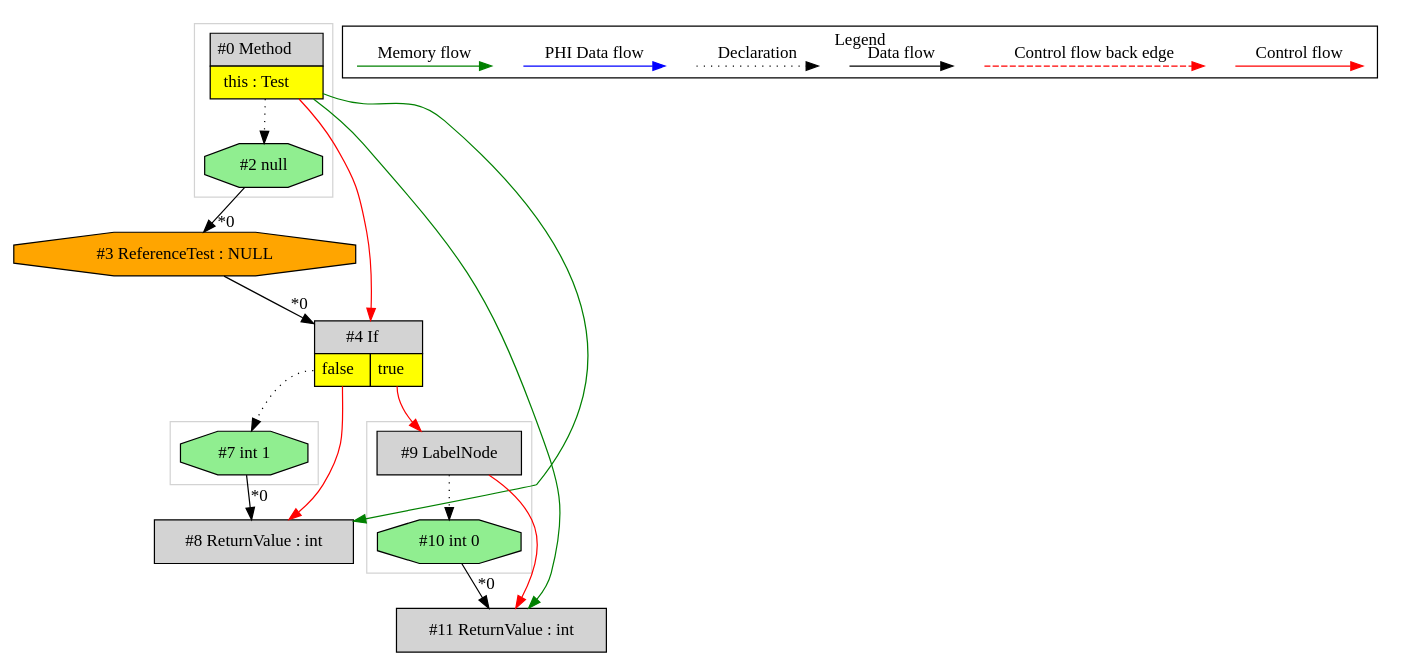
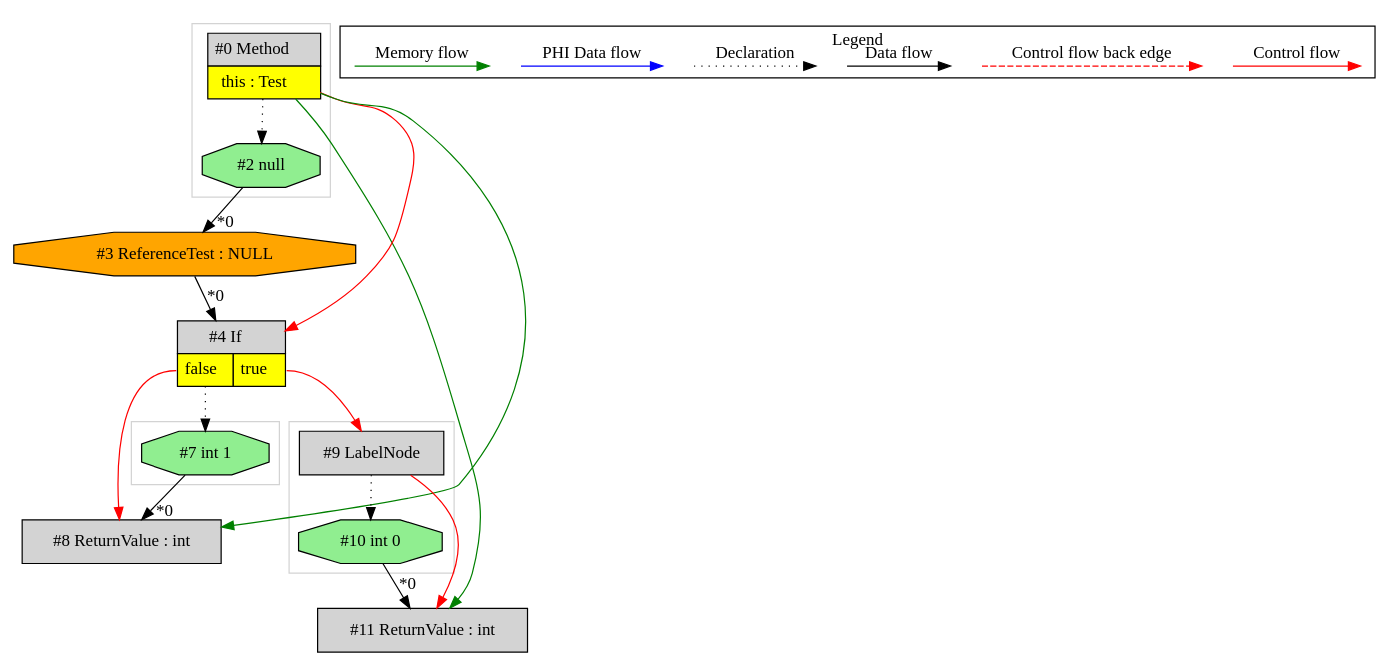
The diagram in de.mirkosertic.metair.ir.OpcodeIFNULLTest/test_IFNULL/ir.dot (mirkosertic/MetaIR), drawn with Graphviz before and after one commit. The commit also changed other lines of this file and 440 other files, not shown here.

```diff
--- a/de.mirkosertic.metair.ir.OpcodeIFNULLTest/test_IFNULL/ir.dot
+++ b/de.mirkosertic.metair.ir.OpcodeIFNULLTest/test_IFNULL/ir.dot
@@ -1,65 +1,65 @@
 digraph {
  ordering="in";
  node0[margin="0", label=<<table border="0" cellborder="1" cellspacing="0" cellpadding="5"><tr><td colspan="1">#0 Method</td></tr><tr><td port="prj1" bgcolor="yellow">this : Test</td></tr></table>>,shape=none, fillcolor=lightgrey, style=filled];
+ node11[label="#11 ReturnValue : int",shape=box, fillcolor=lightgrey, style=filled];
+ node10 -> node11[headlabel="*0", labeldistance=2];
+ node9 -> node11[labeldistance=2, color=red, fontcolor=red];
+ node0 -> node11[labeldistance=2, color=green, constraint=false];
+ node9[label="#9 LabelNode",shape=box, fillcolor=lightgrey, style=filled];
+ node4:prj6 -> node9[labeldistance=2, color=red, fontcolor=red];
  node4[margin="0", label=<<table border="0" cellborder="1" cellspacing="0" cellpadding="5"><tr><td colspan="2">#4 If</td></tr><tr><td port="prj5" bgcolor="yellow">false</td><td port="prj6" bgcolor="yellow">true</td></tr></table>>,shape=none, fillcolor=lightgrey, style=filled];
  node3 -> node4[headlabel="*0", labeldistance=2];
  node0 -> node4[labeldistance=2, color=red, fontcolor=red];
  node3[label="#3 ReferenceTest : NULL",shape=octagon, fillcolor=orange, style=filled];
  node2 -> node3[headlabel="*0", labeldistance=2];
  node2[label="#2 null",shape=octagon, fillcolor=lightgreen, style=filled];
  node0 -> node2[style=dotted];
- node9[label="#9 LabelNode",shape=box, fillcolor=lightgrey, style=filled];
- node4:prj6 -> node9[labeldistance=2, color=red, fontcolor=red];
- node11[label="#11 ReturnValue : int",shape=box, fillcolor=lightgrey, style=filled];
- node10 -> node11[headlabel="*0", labeldistance=2];
- node9 -> node11[labeldistance=2, color=red, fontcolor=red];
- node0 -> node11[labeldistance=2, color=green, constraint=false];
- node10[label="#10 int 0",shape=octagon, fillcolor=lightgreen, style=filled];
- node9 -> node10[style=dotted];
- node7[label="#7 int 1",shape=octagon, fillcolor=lightgreen, style=filled];
- node4:prj5 -> node7[style=dotted];
  node8[label="#8 ReturnValue : int",shape=box, fillcolor=lightgrey, style=filled];
  node7 -> node8[headlabel="*0", labeldistance=2];
  node4:prj5 -> node8[labeldistance=2, color=red, fontcolor=red];
  node0 -> node8[labeldistance=2, color=green, constraint=false];
+ node7[label="#7 int 1",shape=octagon, fillcolor=lightgreen, style=filled];
+ node4:prj5 -> node7[style=dotted];
+ node10[label="#10 int 0",shape=octagon, fillcolor=lightgreen, style=filled];
+ node9 -> node10[style=dotted];
  subgraph cluster_0 {
+  color=lightgray;
+  node9;
+  node10;
+ }
+ subgraph cluster_1 {
   color=lightgray;
   node7;
  }
- subgraph cluster_1 {
+ subgraph cluster_2 {
   color=lightgray;
   node0;
   node2;
- }
- subgraph cluster_2 {
-  color=lightgray;
-  node9;
-  node10;
  }
  subgraph cluster_000 {
   label = "Legend";
   node [shape=point]
   {
    rank=same;
    c0 [style = invis];
    c1 [style = invis];
    c2 [style = invis];
    c3 [style = invis];
    d0 [style = invis];
    d1 [style = invis];
    d2 [style = invis];
    d3 [style = invis];
    d4 [style = invis];
    d5 [style = invis];
    d6 [style = invis];
    d7 [style = invis];
   }
   c0 -> c1 [label="Control flow", style=solid, color=red]
   c2 -> c3 [label="Control flow back edge", style=dashed, color=red]
   d0 -> d1 [label="Data flow"]
   d2 -> d3 [label="Declaration", style=dotted]
   d4 -> d5 [label="PHI Data flow", color=blue]
   d6 -> d7 [label="Memory flow", color=green]
  }
 
 }
```
